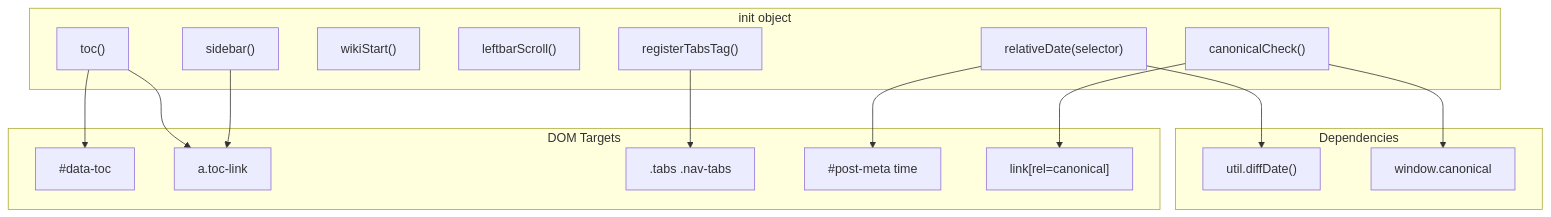
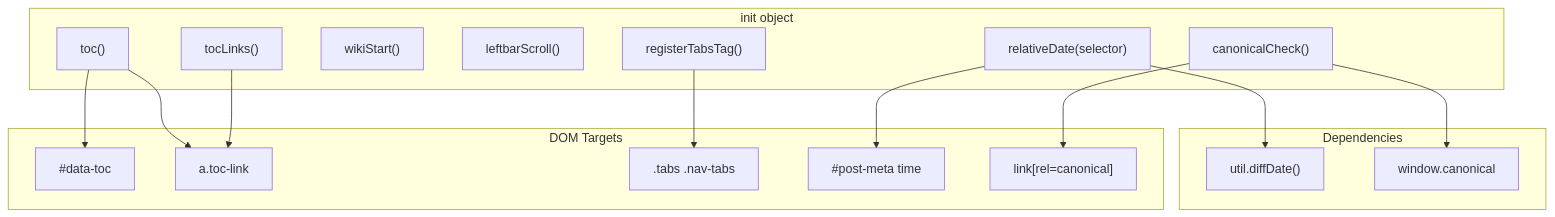
Before and after one commit to xaoxuu/hexo-theme-stellar: the fourth of 7 diagrams in docs/knowledge/05-前端交互/core-js-init.md, drawn with Mermaid. The commit also changed other lines of this file and 287 other files, not shown here.

````diff
--- a/docs/knowledge/05-前端交互/core-js-init.md
+++ b/docs/knowledge/05-前端交互/core-js-init.md
@@ -226,35 +226,35 @@
 ```mermaid
 graph TB
     subgraph "init object"
         toc["toc()"]
-        sidebar["sidebar()"]
+        tocLinks["tocLinks()"]
         wikiStart["wikiStart()"]
         leftbarScroll["leftbarScroll()"]
         relativeDate["relativeDate(selector)"]
         registerTabsTag["registerTabsTag()"]
         canonicalCheck["canonicalCheck()"]
     end
     
     subgraph "Dependencies"
         util_diffDate["util.diffDate()"]
         window_canonical["window.canonical"]
     end
     
     subgraph "DOM Targets"
         data_toc["#data-toc"]
         toc_links["a.toc-link"]
         nav_tabs[".tabs .nav-tabs"]
         post_meta["#post-meta time"]
         link_canonical["link[rel=canonical]"]
     end
     
     relativeDate --> util_diffDate
     
     toc --> data_toc
     toc --> toc_links
-    sidebar --> toc_links
+    tocLinks --> toc_links
     relativeDate --> post_meta
     registerTabsTag --> nav_tabs
     canonicalCheck --> window_canonical
     canonicalCheck --> link_canonical
 ```
````
